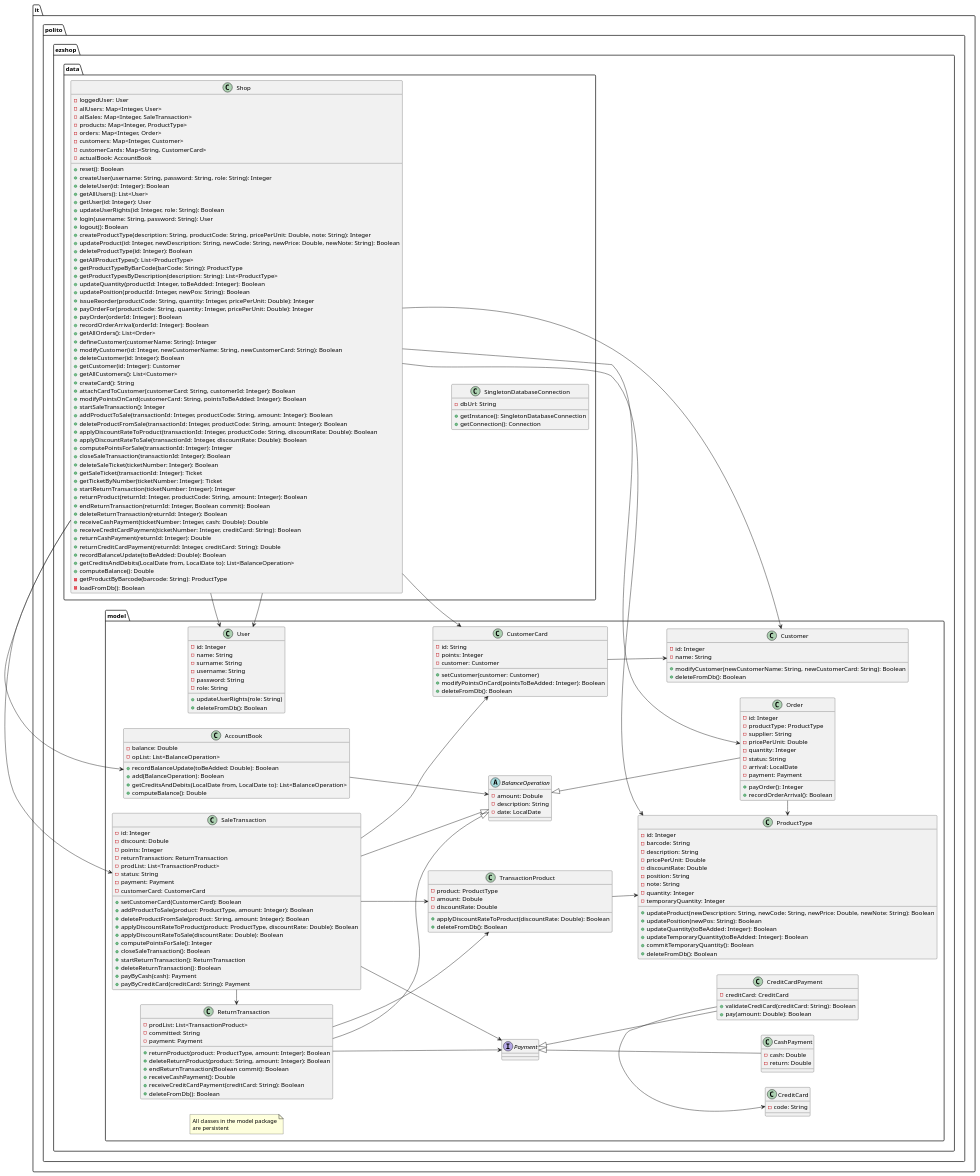
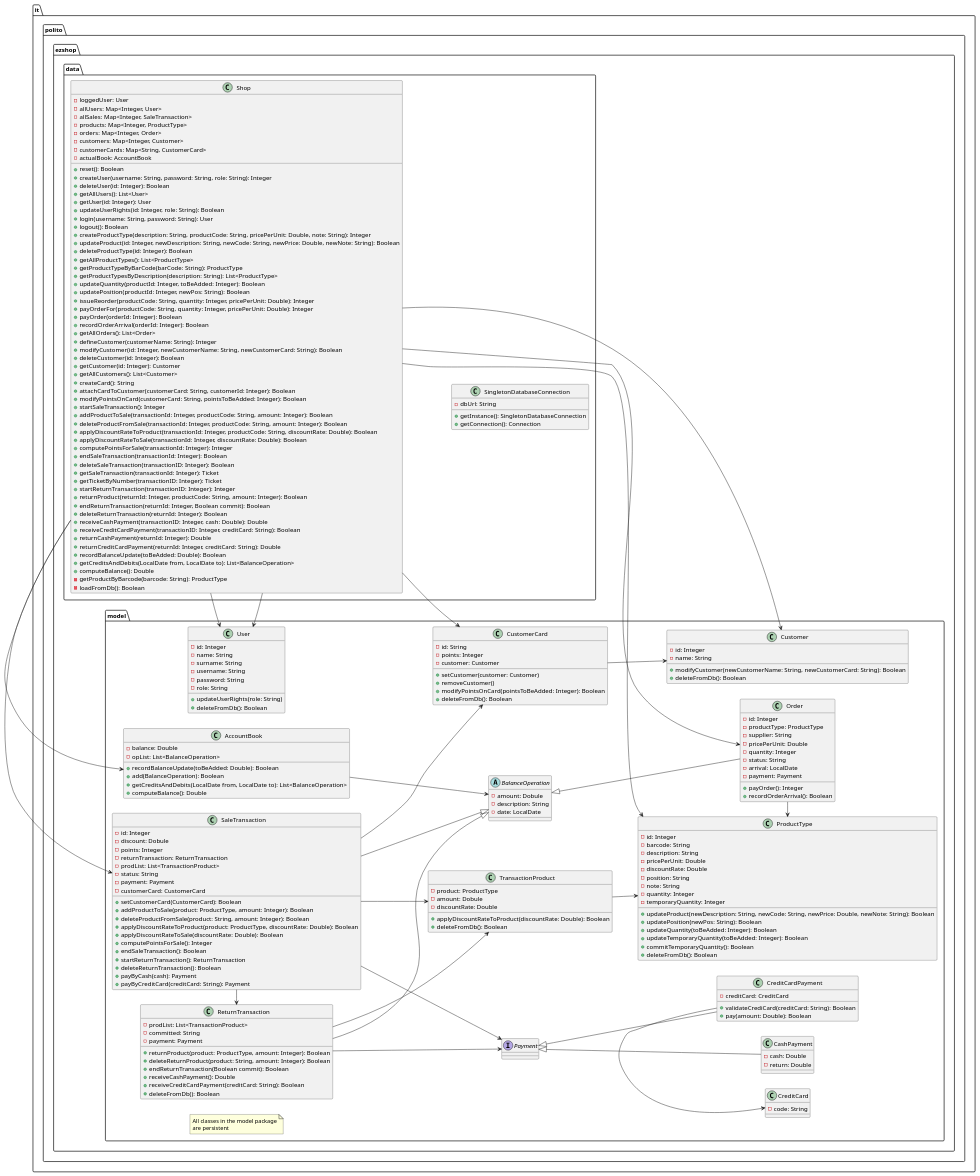
Before and after one commit to MatteoBattilana/EzShop: the second of 4 diagrams in Deliverables/DesignDocument.md, drawn with PlantUML. The commit also changed other lines of this file, not shown here.

```diff
--- a/Deliverables/DesignDocument.md
+++ b/Deliverables/DesignDocument.md
@@ -102,16 +102,16 @@
 + applyDiscountRateToProduct(transactionId: Integer, productCode: String, discountRate: Double): Boolean
 + applyDiscountRateToSale(transactionId: Integer, discountRate: Double): Boolean
 + computePointsForSale(transactionId: Integer): Integer
-+ closeSaleTransaction(transactionId: Integer): Boolean
-+ deleteSaleTicket(ticketNumber: Integer): Boolean
-+ getSaleTicket(transactionId: Integer): Ticket
-+ getTicketByNumber(ticketNumber: Integer): Ticket
-+ startReturnTransaction(ticketNumber: Integer): Integer
++ endSaleTransaction(transactionId: Integer): Boolean
++ deleteSaleTransaction(transactionID: Integer): Boolean
++ getSaleTransaction(transactionId: Integer): Ticket
++ getTicketByNumber(transactionID: Integer): Ticket
++ startReturnTransaction(transactionID: Integer): Integer
 + returnProduct(returnId: Integer, productCode: String, amount: Integer): Boolean
 + endReturnTransaction(returnId: Integer, Boolean commit): Boolean
 + deleteReturnTransaction(returnId: Integer): Boolean
-+ receiveCashPayment(ticketNumber: Integer, cash: Double): Double
-+ receiveCreditCardPayment(ticketNumber: Integer, creditCard: String): Boolean
++ receiveCashPayment(transactionID: Integer, cash: Double): Double
++ receiveCreditCardPayment(transactionID: Integer, creditCard: String): Boolean
 + returnCashPayment(returnId: Integer): Double
 + returnCreditCardPayment(returnId: Integer, creditCard: String): Double
 + recordBalanceUpdate(toBeAdded: Double): Boolean
@@ -177,6 +177,7 @@
       - points: Integer
       - customer: Customer
       + setCustomer(customer: Customer)
+      + removeCustomer()
       + modifyPointsOnCard(pointsToBeAdded: Integer): Boolean
       + deleteFromDb(): Boolean
   }
@@ -201,7 +202,7 @@
       + applyDiscountRateToProduct(product: ProductType, discountRate: Double): Boolean
       + applyDiscountRateToSale(discountRate: Double): Boolean
       + computePointsForSale(): Integer
-      + closeSaleTransaction(): Boolean
+      + endSaleTransaction(): Boolean
       + startReturnTransaction(): ReturnTransaction
       + deleteReturnTransaction(): Boolean
       + payByCash(cash): Payment
```
